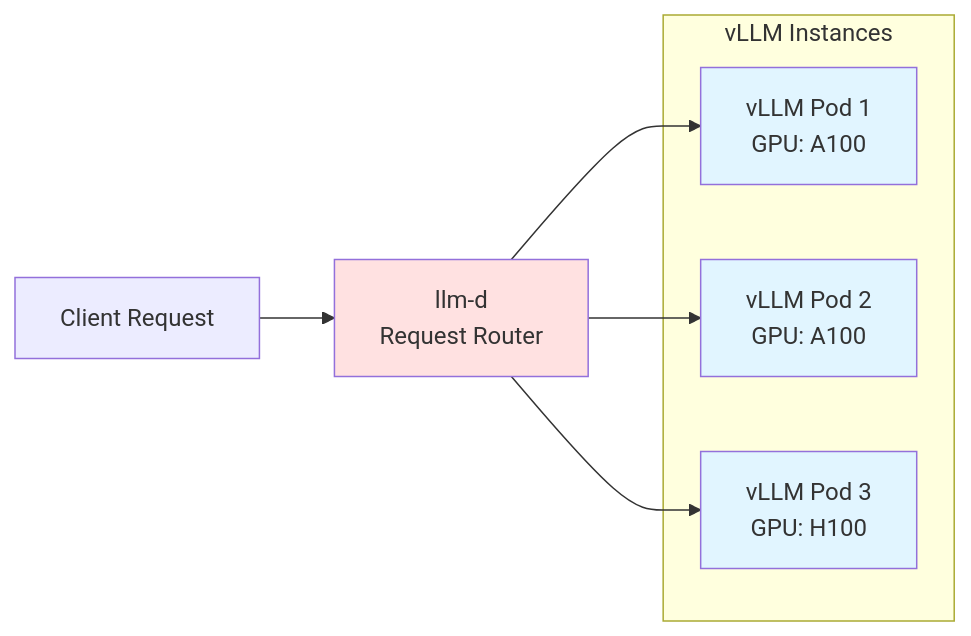
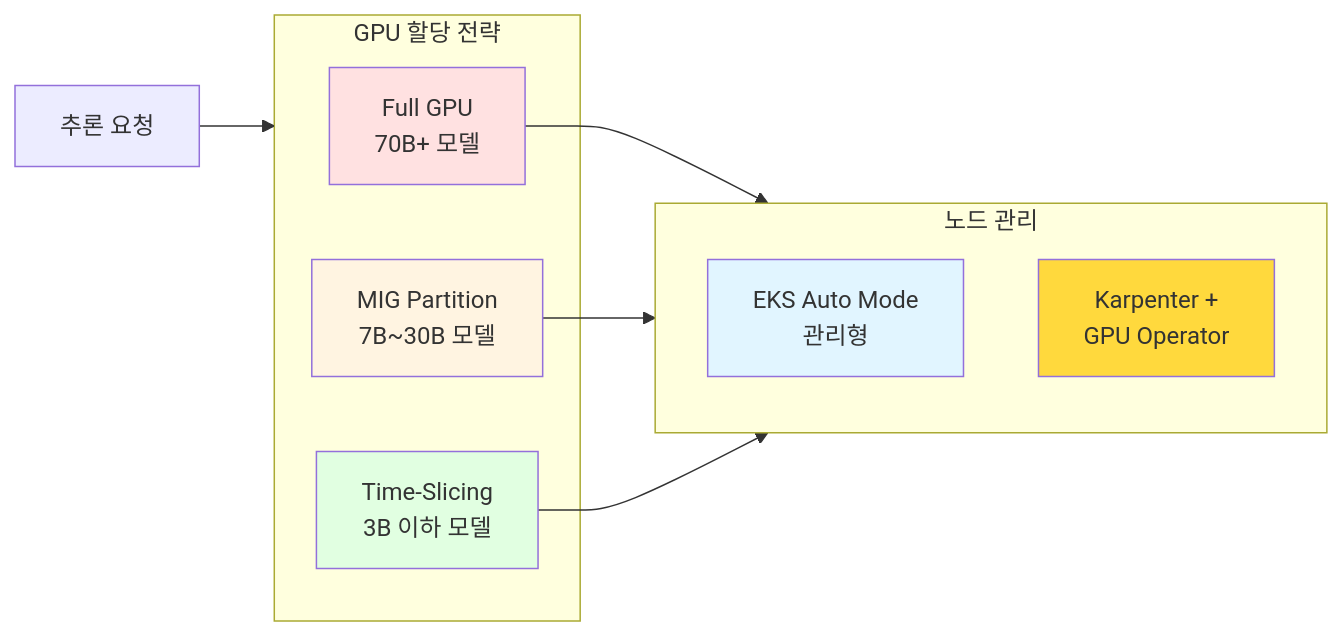
Before and after one commit to devfloor9/engineering-playbook: the fifth of 16 diagrams in docs/agentic-ai-platform/design-architecture/agentic-ai-challenges.md, drawn with Mermaid. The commit also changed other lines of this file and 21 other files, not shown here.

````diff
--- a/docs/agentic-ai-platform/design-architecture/agentic-ai-challenges.md
+++ b/docs/agentic-ai-platform/design-architecture/agentic-ai-challenges.md
@@ -220,21 +243,26 @@
 ```mermaid
 flowchart LR
-    REQ["Client Request"]
-    LLMD["llm-d<br/>Request Router"]
+    REQ["추론 요청"]
 
-    subgraph VllmInstances["vLLM Instances"]
-        V1["vLLM Pod 1<br/>GPU: A100"]
-        V2["vLLM Pod 2<br/>GPU: A100"]
-        V3["vLLM Pod 3<br/>GPU: H100"]
+    subgraph GPUStrategy["GPU 할당 전략"]
+        FULL["Full GPU<br/>70B+ 모델"]
+        MIG["MIG Partition<br/>7B~30B 모델"]
+        TS["Time-Slicing<br/>3B 이하 모델"]
     end
 
-    REQ --> LLMD
-    LLMD --> V1
-    LLMD --> V2
-    LLMD --> V3
+    subgraph NodeMgmt["노드 관리"]
+        AUTO["EKS Auto Mode<br/>관리형"]
+        KARP["Karpenter +<br/>GPU Operator"]
+    end
 
-    style LLMD fill:#ffe1e1
-    style V1 fill:#e1f5ff
-    style V2 fill:#e1f5ff
-    style V3 fill:#e1f5ff
+    REQ --> GPUStrategy
+    FULL --> NodeMgmt
+    MIG --> NodeMgmt
+    TS --> NodeMgmt
+
+    style FULL fill:#ffe1e1
+    style MIG fill:#fff4e1
+    style TS fill:#e1ffe1
+    style AUTO fill:#e1f5ff
+    style KARP fill:#ffd93d
 ```
````
